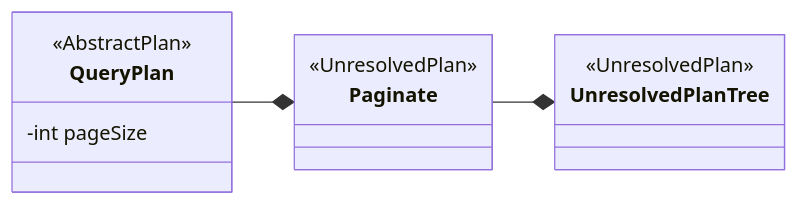
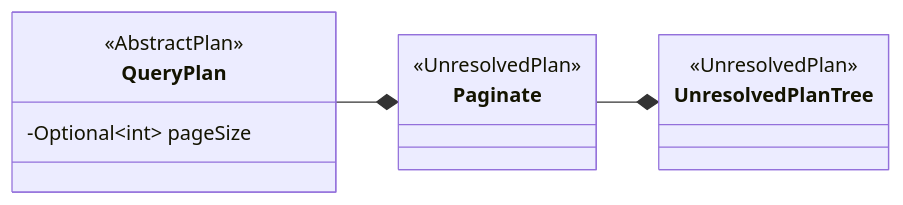
The seventh of 11 diagrams in docs/dev/Pagination-v2.md (opensearch-project/sql), drawn with Mermaid before and after one commit. The commit also changed other lines of this file, not shown here.

````diff
--- a/docs/dev/Pagination-v2.md
+++ b/docs/dev/Pagination-v2.md
@@ -297,16 +311,16 @@
 ```mermaid
 classDiagram
   direction LR
   class QueryPlan {
     <<AbstractPlan>>
-    -int pageSize
+    -Optional~int~ pageSize
   }
   class Paginate {
     <<UnresolvedPlan>>
   }
   class UnresolvedPlanTree {
     <<UnresolvedPlan>>
   }
   QueryPlan --* Paginate
   Paginate --* UnresolvedPlanTree
 ```
````
